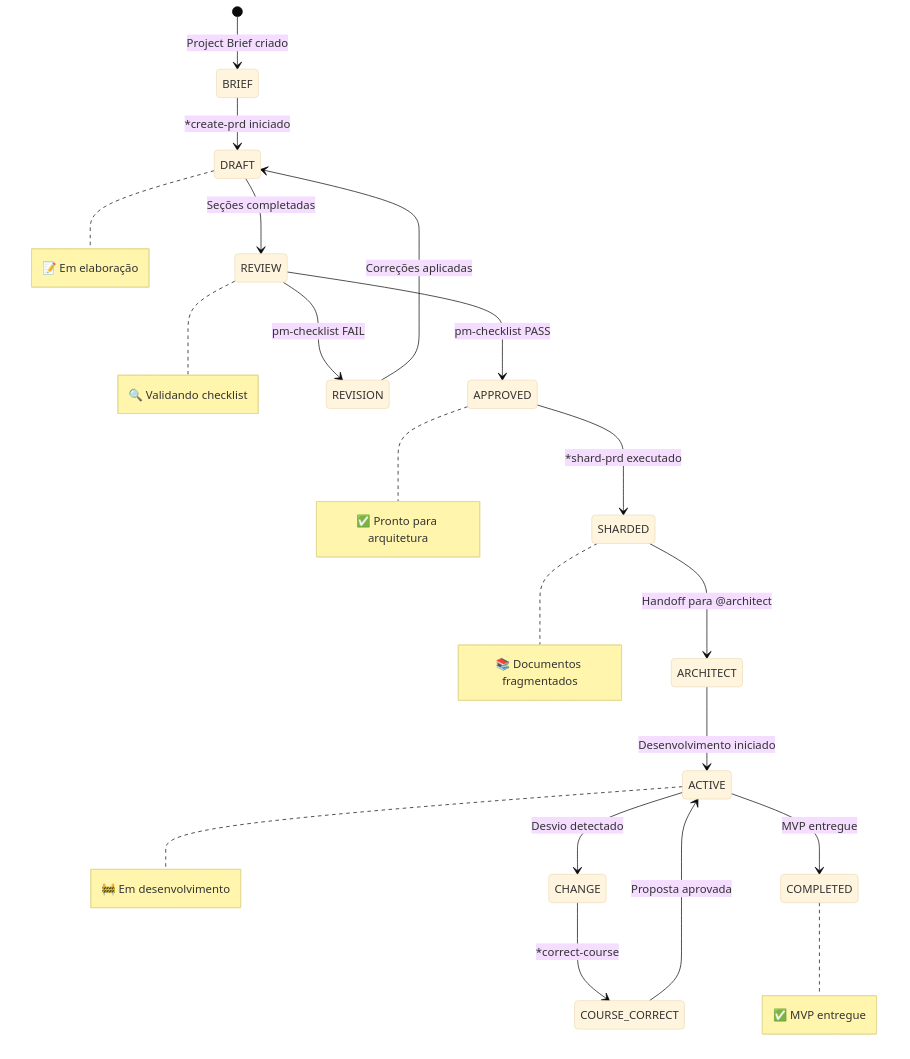
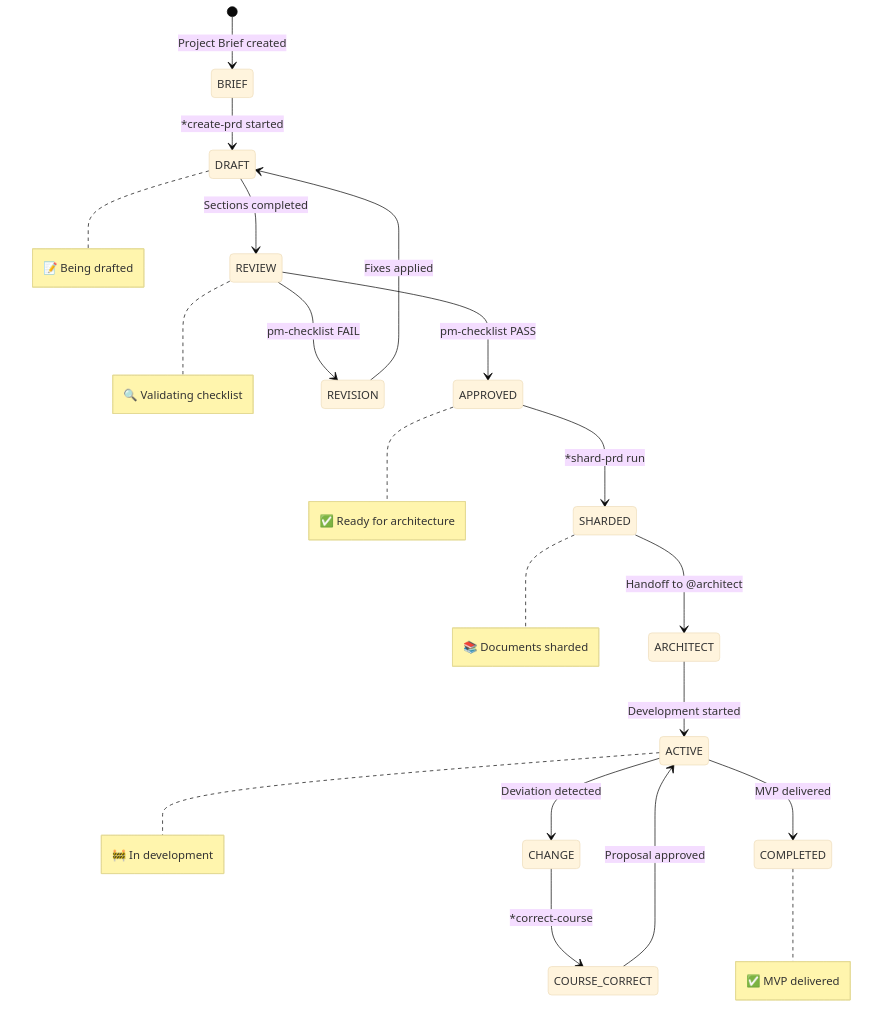
One commit to CyryxLabs/AEXOS changed the fourth of 8 diagrams in docs/aexos-agent-flows/pm-system.md. Above: the diagram before and after it, drawn with Mermaid (base theme). The commit also changed other lines of this file and 528 other files, not shown here.

````diff
--- a/docs/aexos-agent-flows/pm-system.md
+++ b/docs/aexos-agent-flows/pm-system.md
@@ -216,28 +216,28 @@
 ```mermaid
 stateDiagram-v2
-    [*] --> BRIEF: Project Brief criado
+    [*] --> BRIEF: Project Brief created
 
-    BRIEF --> DRAFT: *create-prd iniciado
-    DRAFT --> REVIEW: Seções completadas
+    BRIEF --> DRAFT: *create-prd started
+    DRAFT --> REVIEW: Sections completed
 
     REVIEW --> APPROVED: pm-checklist PASS
     REVIEW --> REVISION: pm-checklist FAIL
-    REVISION --> DRAFT: Correções aplicadas
+    REVISION --> DRAFT: Fixes applied
 
-    APPROVED --> SHARDED: *shard-prd executado
-    SHARDED --> ARCHITECT: Handoff para @architect
+    APPROVED --> SHARDED: *shard-prd run
+    SHARDED --> ARCHITECT: Handoff to @architect
 
-    ARCHITECT --> ACTIVE: Desenvolvimento iniciado
-    ACTIVE --> CHANGE: Desvio detectado
+    ARCHITECT --> ACTIVE: Development started
+    ACTIVE --> CHANGE: Deviation detected
     CHANGE --> COURSE_CORRECT: *correct-course
-    COURSE_CORRECT --> ACTIVE: Proposta aprovada
+    COURSE_CORRECT --> ACTIVE: Proposal approved
 
-    ACTIVE --> COMPLETED: MVP entregue
+    ACTIVE --> COMPLETED: MVP delivered
 
-    note right of DRAFT: 📝 Em elaboração
-    note right of REVIEW: 🔍 Validando checklist
-    note right of APPROVED: ✅ Pronto para arquitetura
-    note right of SHARDED: 📚 Documentos fragmentados
-    note right of ACTIVE: 🚧 Em desenvolvimento
-    note right of COMPLETED: ✅ MVP entregue
+    note right of DRAFT: 📝 Being drafted
+    note right of REVIEW: 🔍 Validating checklist
+    note right of APPROVED: ✅ Ready for architecture
+    note right of SHARDED: 📚 Documents sharded
+    note right of ACTIVE: 🚧 In development
+    note right of COMPLETED: ✅ MVP delivered
 ```
````
